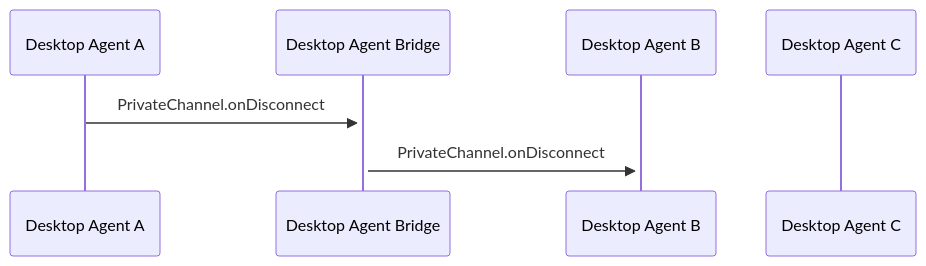
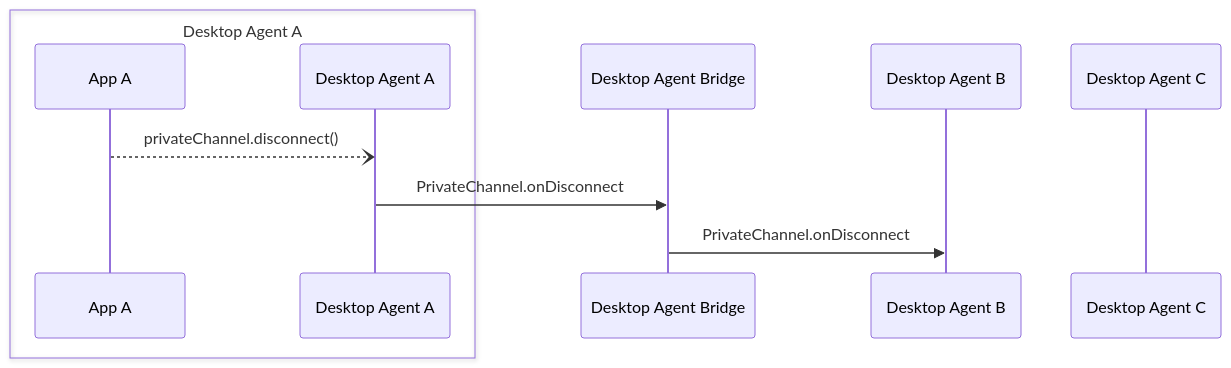
One commit to finos/FDC3 changed the diagram in docs/agent-bridging/ref/PrivateChannel.onDisconnect.md. Above: the diagram before and after it, drawn with Mermaid. The commit also changed 12 other files, not shown here.

First line of the commit message:
Add the app to each reference page mermaid diagram to clarify how mes… (#80)

````diff
--- a/docs/agent-bridging/ref/PrivateChannel.onDisconnect.md
+++ b/docs/agent-bridging/ref/PrivateChannel.onDisconnect.md
@@ -23,9 +23,13 @@
 ```mermaid
 sequenceDiagram
+    box Desktop Agent A
+    participant AA as App A
     participant DA as Desktop Agent A
+    end
     participant DAB as Desktop Agent Bridge
     participant DB as Desktop Agent B
     participant DC as Desktop Agent C
-    DA ->>+ DAB: PrivateChannel.onDisconnect
-    DAB ->>+ DB: PrivateChannel.onDisconnect
+    AA --) DA: privateChannel.disconnect()
+    DA ->> DAB: PrivateChannel.onDisconnect
+    DAB ->> DB: PrivateChannel.onDisconnect
 ```
````
